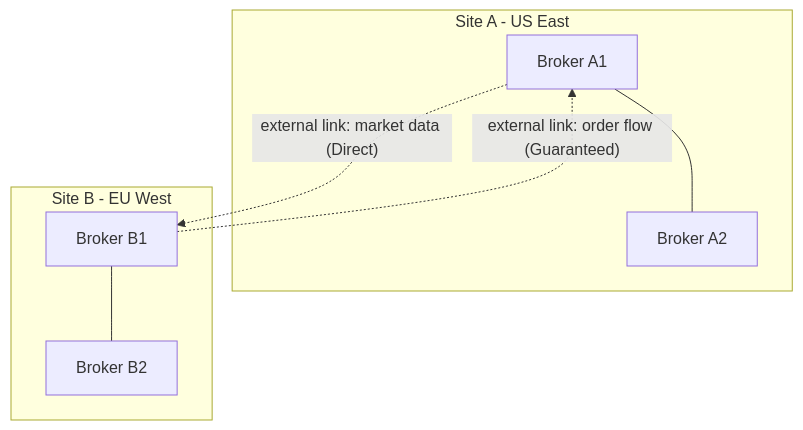
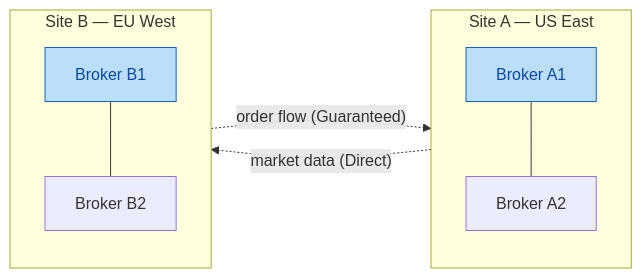
The diagram in solace-mesh-design/SKILL.md (gvensan/solace-architect), drawn with Mermaid before and after one commit. The commit also changed other lines of this file and 70 other files, not shown here.

````diff
--- a/solace-mesh-design/SKILL.md
+++ b/solace-mesh-design/SKILL.md
@@ -751,11 +773,14 @@
 ```mermaid
-graph TB
-    subgraph "Site A - US East"
-        A1[Broker A1] --- A2[Broker A2]
+flowchart LR
+    subgraph EAST["Site A — US East"]
+        direction TB
+        A1["Broker A1"]:::broker --- A2["Broker A2"]
     end
-    subgraph "Site B - EU West"
-        B1[Broker B1] --- B2[Broker B2]
+    subgraph WEST["Site B — EU West"]
+        direction TB
+        B1["Broker B1"]:::broker --- B2["Broker B2"]
     end
-    A1 -.->|"external link: market data (Direct)"| B1
-    B1 -.->|"external link: order flow (Guaranteed)"| A1
+    A1 -.->|"market data (Direct)"| B1
+    B1 -.->|"order flow (Guaranteed)"| A1
+    classDef broker fill:#bbdefb,stroke:#1565c0,color:#0d47a1
 ```
````
